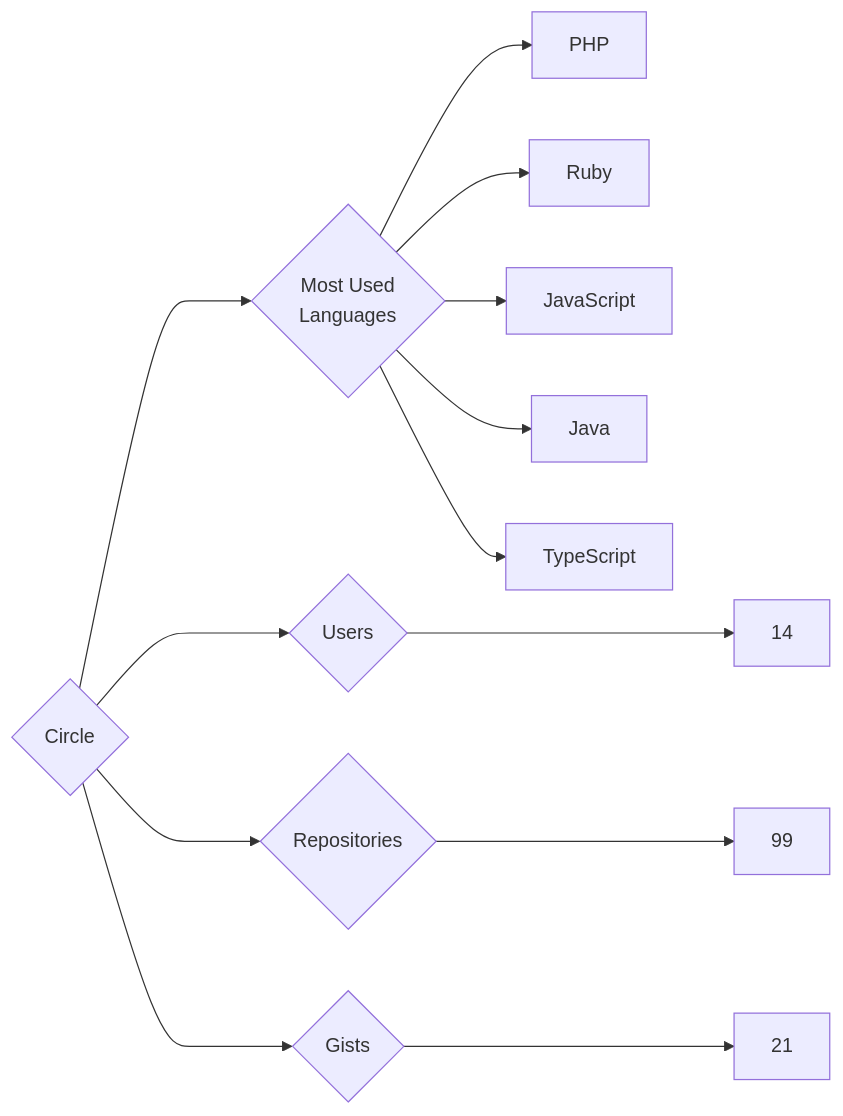
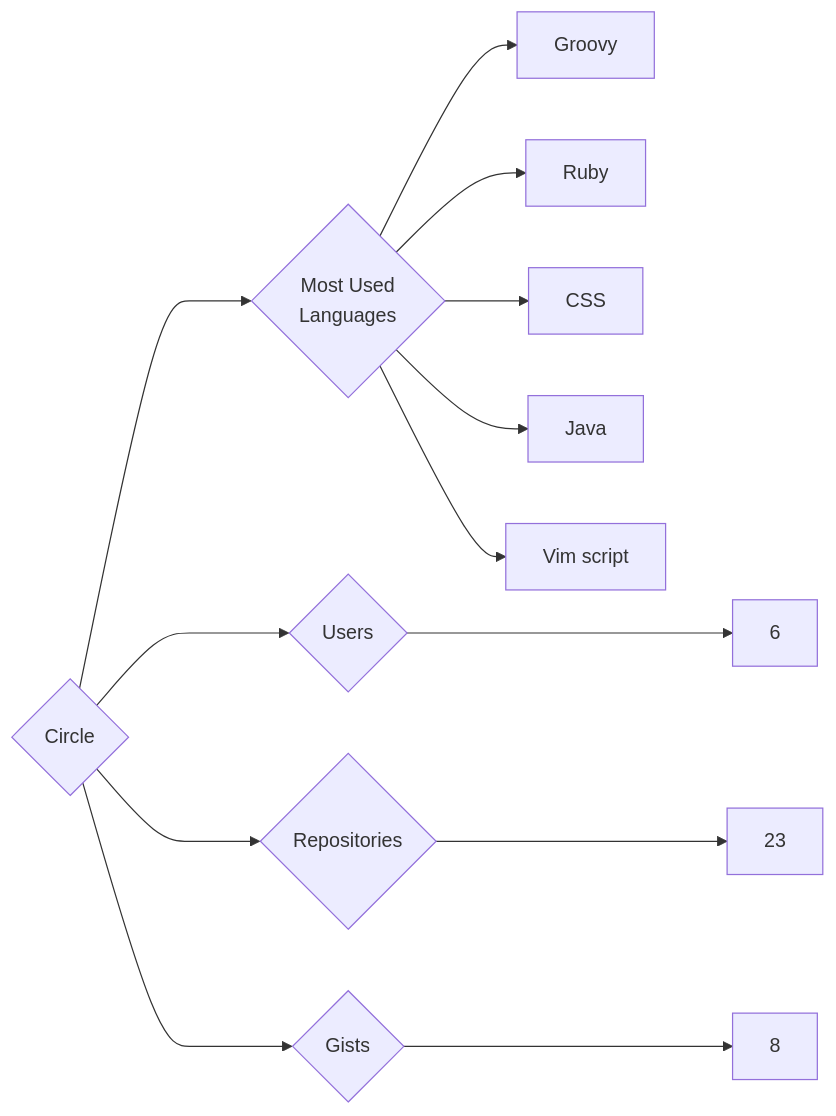
Before and after one commit to trickest/insiders: the diagram in targets/Circle/README.md, drawn with Mermaid. The commit also changed 916 other files, not shown here.

````diff
--- a/targets/Circle/README.md
+++ b/targets/Circle/README.md
@@ -3,13 +3,13 @@
 ```mermaid
 graph LR
 COMPANY_NAME{Circle}
-COMPANY_NAME ---> U{Users} ---> UN[14]
-COMPANY_NAME ---> R{Repositories} ---> RN[99]
-COMPANY_NAME ---> G{Gists} ---> GN[21]
+COMPANY_NAME ---> U{Users} ---> UN[6]
+COMPANY_NAME ---> R{Repositories} ---> RN[23]
+COMPANY_NAME ---> G{Gists} ---> GN[8]
 COMPANY_NAME ---> ML{Most Used<br>Languages}
-ML --> PHP[PHP]
+ML --> Groovy[Groovy]
 ML --> Ruby[Ruby]
-ML --> JavaScript[JavaScript]
+ML --> CSS[CSS]
 ML --> Java[Java]
-ML --> TypeScript[TypeScript]
+ML --> Vim_script[Vim script]
 ```
````
